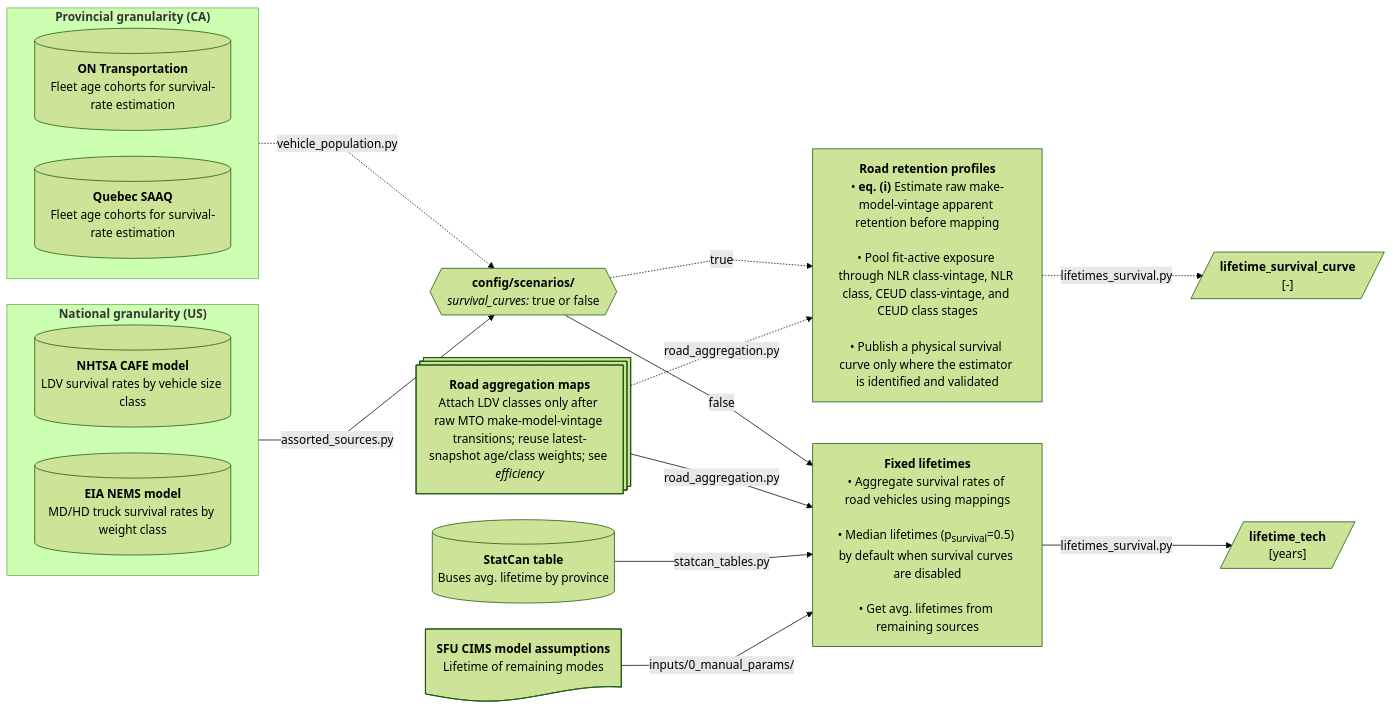
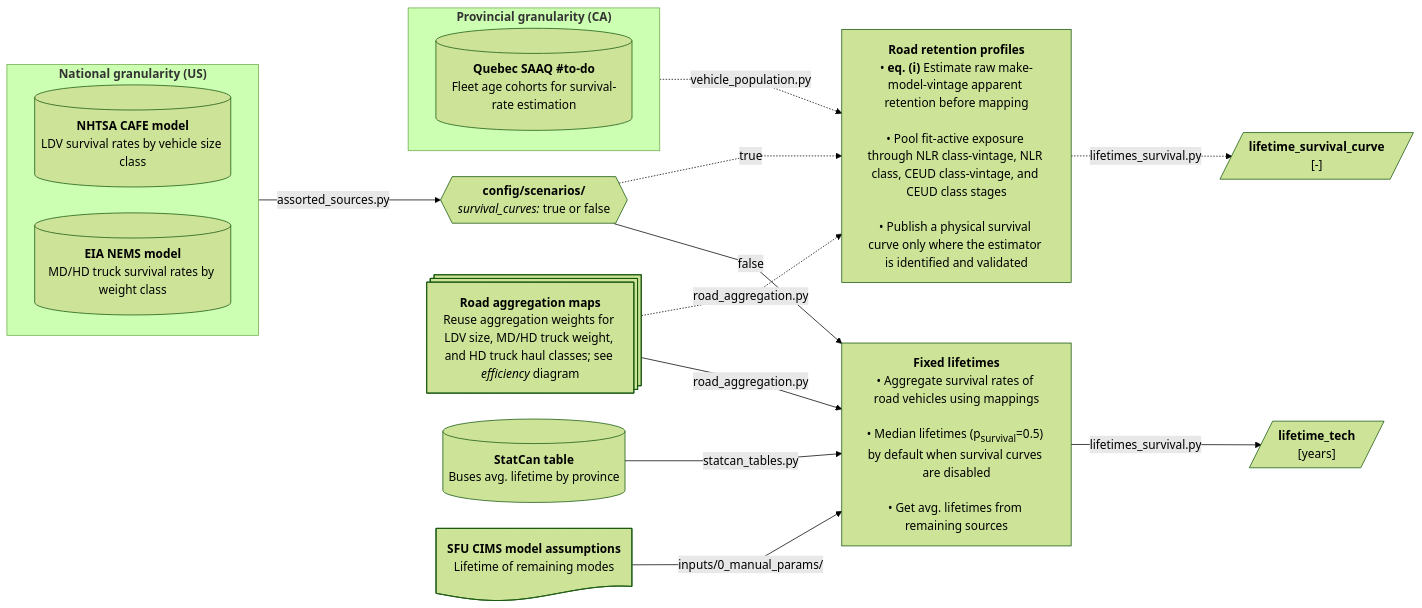
The fifth of 9 diagrams in docs/etl_flowcharts.md (CANOE-main/canoe-transportation), drawn with Mermaid (forest theme) before and after one commit. The commit also changed other lines of this file and 47 other files, not shown here.

````diff
--- a/docs/etl_flowcharts.md
+++ b/docs/etl_flowcharts.md
@@ -205,53 +207,52 @@
 ```mermaid
 ---
 config:
   layout: dagre
   flowchart:
     nodeSpacing: 35
     rankSpacing: 50
     wrappingWidth: 250
     curve: linear
 ---
 flowchart LR
   %% --- Sources ---
   subgraph national["`**National granularity (US)**`"]
     direction LR
     s2[("`**NHTSA CAFE model**<br>LDV survival rates by vehicle size class`")]
     s3[("`**EIA NEMS model**<br>MD/HD truck survival rates by weight class`")]
   end
   subgraph provincial["`**Provincial granularity (CA)**`"]
     direction LR
-    s0[("`**ON Transportation**<br>Fleet age cohorts for survival-rate estimation`")]
-    s1[("`**Quebec SAAQ**<br>Fleet age cohorts for survival-rate estimation`")]
+    s1[("`**Quebec SAAQ #to-do**<br>Fleet age cohorts for survival-rate estimation`")]
   end
 
   %% --- Processes ---
   p1@{shape: hex, label: "**config/scenarios/**<br>*survival_curves:* true or false"}
-  provincial -. "vehicle_population.py" .-> p1
+  provincial -. "vehicle_population.py" .-> p2
   national -- assorted_sources.py --> p1
 
-  s6@{shape: processes, label: "**Road aggregation maps**<br>Attach LDV classes only after raw MTO make-model-vintage transitions; reuse latest-snapshot age/class weights; see *efficiency*"}
+  s6@{shape: processes, label: "**Road aggregation maps**<br>Reuse aggregation weights for LDV size, MD/HD truck weight, and HD truck haul classes; see *efficiency* diagram"}
   s4[("`**StatCan table**<br>Buses avg. lifetime by province`")]
   s5@{shape: doc, label: "**SFU CIMS model assumptions**<br>Lifetime of remaining modes"}
 
   p2["`**Road retention profiles**<br>• **eq. (i)** Estimate raw make-model-vintage apparent retention before mapping<br><br>• Pool fit-active exposure through NLR class-vintage, NLR class, CEUD class-vintage, and CEUD class stages<br><br>• Publish a physical survival curve only where the estimator is identified and validated`"]
   p1 -. true .-> p2
   s6 -. "road_aggregation.py" .-> p2
 
   p3["`**Fixed lifetimes**<br>• Aggregate survival rates of road vehicles using mappings<br><br>• Median lifetimes (p<sub>survival</sub>=0.5) by default when survival curves are disabled<br><br>• Get avg. lifetimes from remaining sources`"]
   p1 -- false --> p3
   s6 -- road_aggregation.py --> p3
   s4 -- statcan_tables.py --> p3
   s5 -- inputs/0_manual_params/ --> p3
 
   p2 -. "lifetimes_survival.py" .-> o1[/"`**lifetime_survival_curve**<br>[-]`"/]
   p3 -- lifetimes_survival.py --> o2[/"`**lifetime_tech**<br>[years]`"/]
 
   %% --- Hyperlinks ---
   click s0 "https://data.ontario.ca/dataset/vehicle-population-data"
   click s1 "https://www.donneesquebec.ca/recherche/dataset/vehicules-en-circulation"
   click s2 "https://www.nhtsa.gov/file-downloads?p=nhtsa/downloads/CAFE/2024-FRM-LD-2b3-2027-2035/Central-Analysis/"
   click s3 "https://github.com/EIAgov/NEMS/blob/main/input/tdm/trnhdvx.xlsx"
   click s4 "https://doi.org/10.25318/3410025401-eng"
   click s5 "https://github.com/EMRG-SFU/cims-models/tree/main/sources/sectors"
 ```
````
